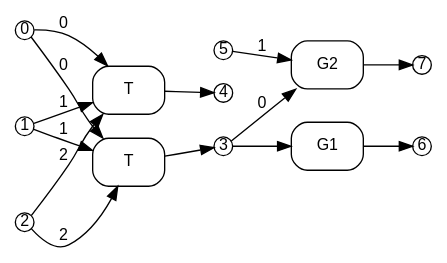
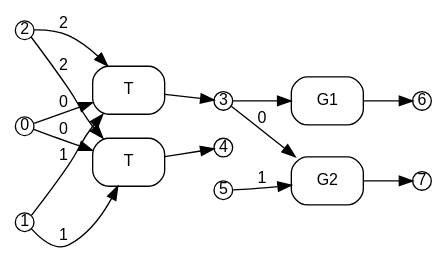
One commit to ammatsui/bhypvis changed the diagram in crates/bhyp/images/test_copy_subst_commute/path2_result.dot. Above: the diagram before and after it, drawn with Graphviz. The commit also changed other lines of this file and 876 other files, not shown here.

```diff
--- a/crates/bhyp/images/test_copy_subst_commute/path2_result.dot
+++ b/crates/bhyp/images/test_copy_subst_commute/path2_result.dot
@@ -1,40 +1,40 @@
 digraph path2_result {
   fontname="Helvetica"
   fontsize=12
   rankdir=LR;
   node [fontname="Helvetica", fontsize=12];
   edge [fontname="Helvetica", fontsize=12];
 
   // Nodes
+  n6 [label="6", shape=circle, style=filled, fillcolor=white, color="black", width=0.2, height=0.2, fixedsize=true];
+  n3 [label="3", shape=circle, style=filled, fillcolor=white, color="black", width=0.2, height=0.2, fixedsize=true];
+  n2 [label="2", shape=circle, style=filled, fillcolor=white, color="black", width=0.2, height=0.2, fixedsize=true];
   n0 [label="0", shape=circle, style=filled, fillcolor=white, color="black", width=0.2, height=0.2, fixedsize=true];
-  n6 [label="6", shape=circle, style=filled, fillcolor=white, color="black", width=0.2, height=0.2, fixedsize=true];
+  n7 [label="7", shape=circle, style=filled, fillcolor=white, color="black", width=0.2, height=0.2, fixedsize=true];
   n4 [label="4", shape=circle, style=filled, fillcolor=white, color="black", width=0.2, height=0.2, fixedsize=true];
-  n7 [label="7", shape=circle, style=filled, fillcolor=white, color="black", width=0.2, height=0.2, fixedsize=true];
-  n2 [label="2", shape=circle, style=filled, fillcolor=white, color="black", width=0.2, height=0.2, fixedsize=true];
-  n3 [label="3", shape=circle, style=filled, fillcolor=white, color="black", width=0.2, height=0.2, fixedsize=true];
   n1 [label="1", shape=circle, style=filled, fillcolor=white, color="black", width=0.2, height=0.2, fixedsize=true];
   n5 [label="5", shape=circle, style=filled, fillcolor=white, color="black", width=0.2, height=0.2, fixedsize=true];
 
   // Hyperedges
+  e0 [label="T", shape=box, style=rounded, color="black"];
   e1 [label="T", shape=box, style=rounded, color="black"];
   e2 [label="G2", shape=box, style=rounded, color="black"];
   e3 [label="G1", shape=box, style=rounded, color="black"];
-  e0 [label="T", shape=box, style=rounded, color="black"];
 
   // Source connections
+  n0 -> e0 [label="0"];
+  n1 -> e0 [label="1"];
+  n2 -> e0 [label="2"];
   n0 -> e1 [label="0"];
   n1 -> e1 [label="1"];
   n2 -> e1 [label="2"];
   n3 -> e2 [label="0"];
   n5 -> e2 [label="1"];
   n3 -> e3 [label=""];
-  n0 -> e0 [label="0"];
-  n1 -> e0 [label="1"];
-  n2 -> e0 [label="2"];
 
   // Target connections
+  e0 -> n3 [label=""];
   e1 -> n4 [label=""];
   e2 -> n7 [label=""];
   e3 -> n6 [label=""];
-  e0 -> n3 [label=""];
 }
```
